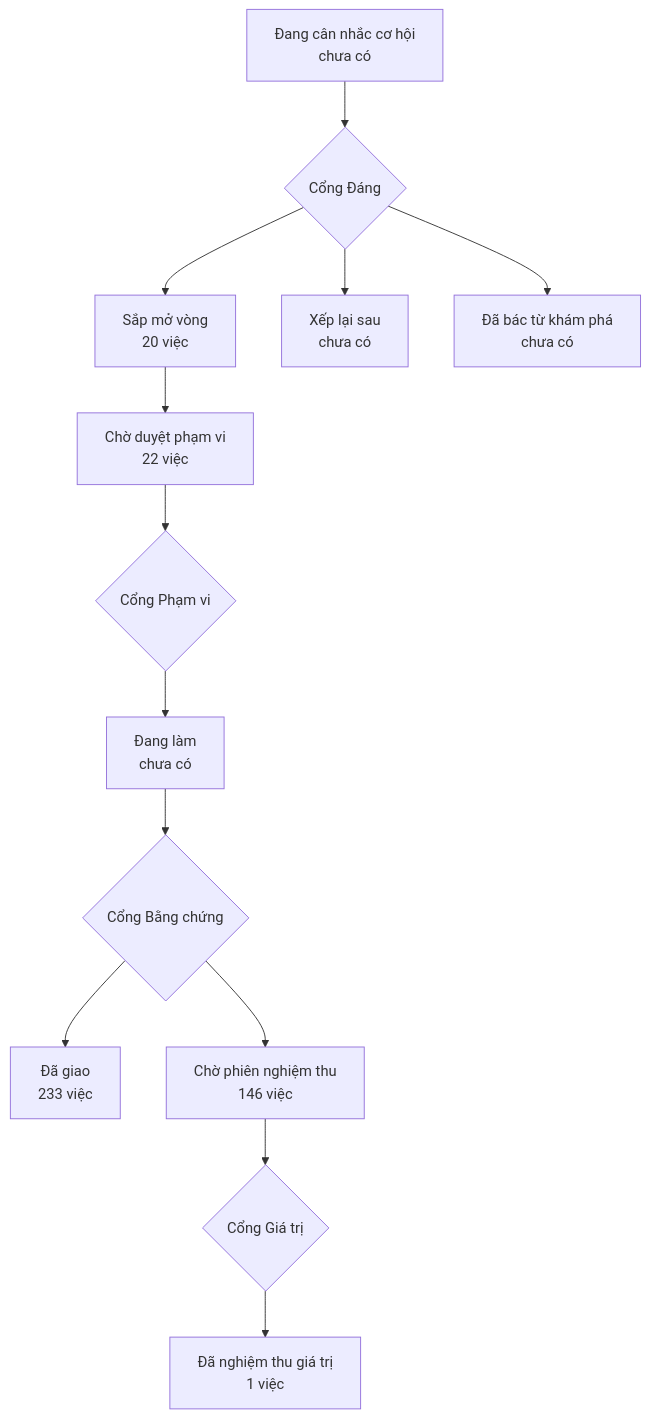
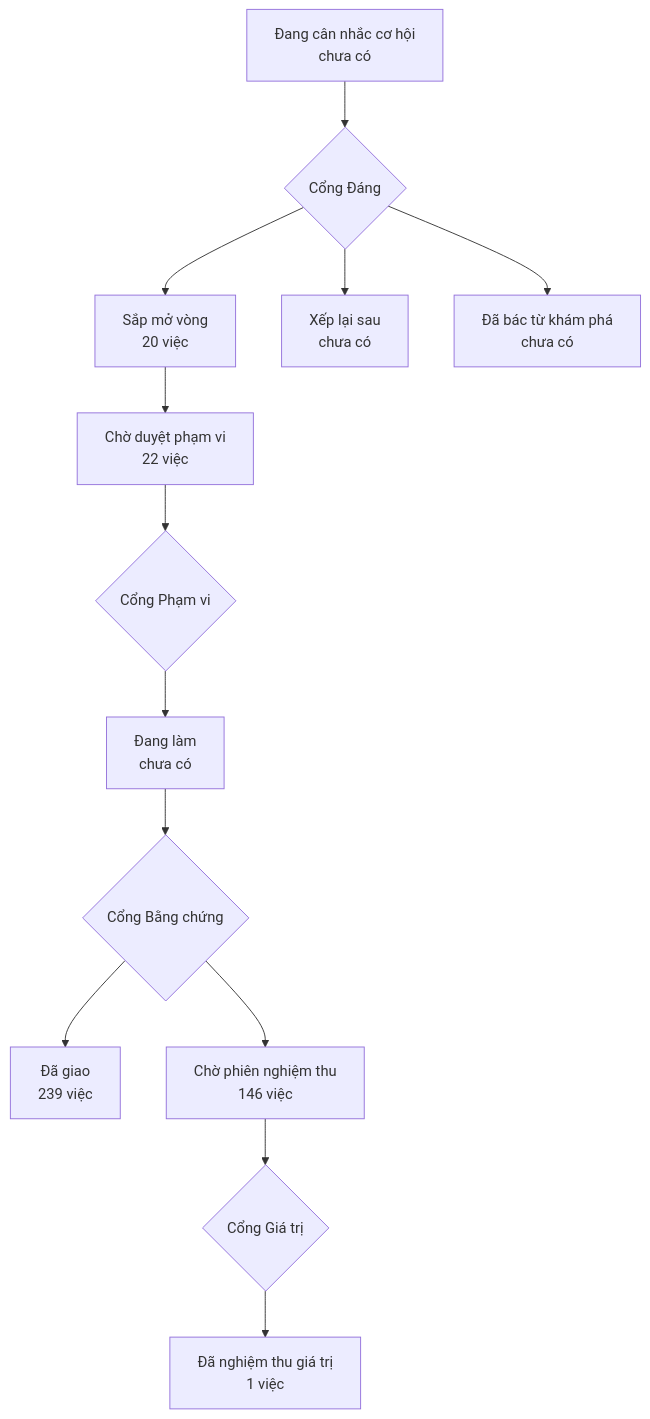
One commit to phanlemanh/onehub-invest changed the diagram in PRODUCT-MAP.md. Above: the diagram before and after it, drawn with Mermaid. The commit also changed other lines of this file and 1 other file, not shown here.

````diff
--- a/PRODUCT-MAP.md
+++ b/PRODUCT-MAP.md
@@ -7,12 +7,12 @@
 ```mermaid
 flowchart TD
   A["Đang cân nhắc cơ hội<br/>chưa có"] --> GD{"Cổng Đáng"}
   GD --> B["Sắp mở vòng<br/>20 việc"]
   GD --> XL["Xếp lại sau<br/>chưa có"]
   GD --> DB["Đã bác từ khám phá<br/>chưa có"]
   B --> CD["Chờ duyệt phạm vi<br/>22 việc"] --> GP{"Cổng Phạm vi"}
   GP --> DL["Đang làm<br/>chưa có"] --> GB{"Cổng Bằng chứng"}
-  GB --> DG["Đã giao<br/>233 việc"]
+  GB --> DG["Đã giao<br/>239 việc"]
   GB --> CN["Chờ phiên nghiệm thu<br/>146 việc"] --> GG{"Cổng Giá trị"}
   GG --> NT["Đã nghiệm thu giá trị<br/>1 việc"]
 ```
````
